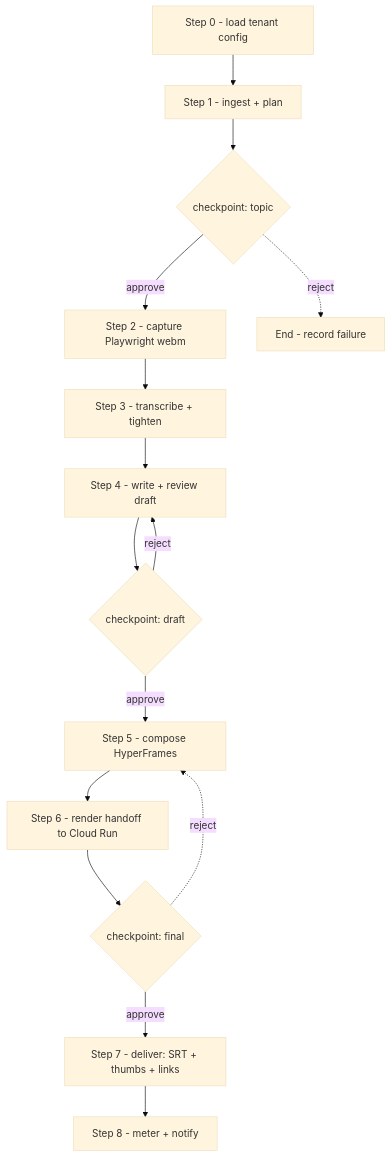
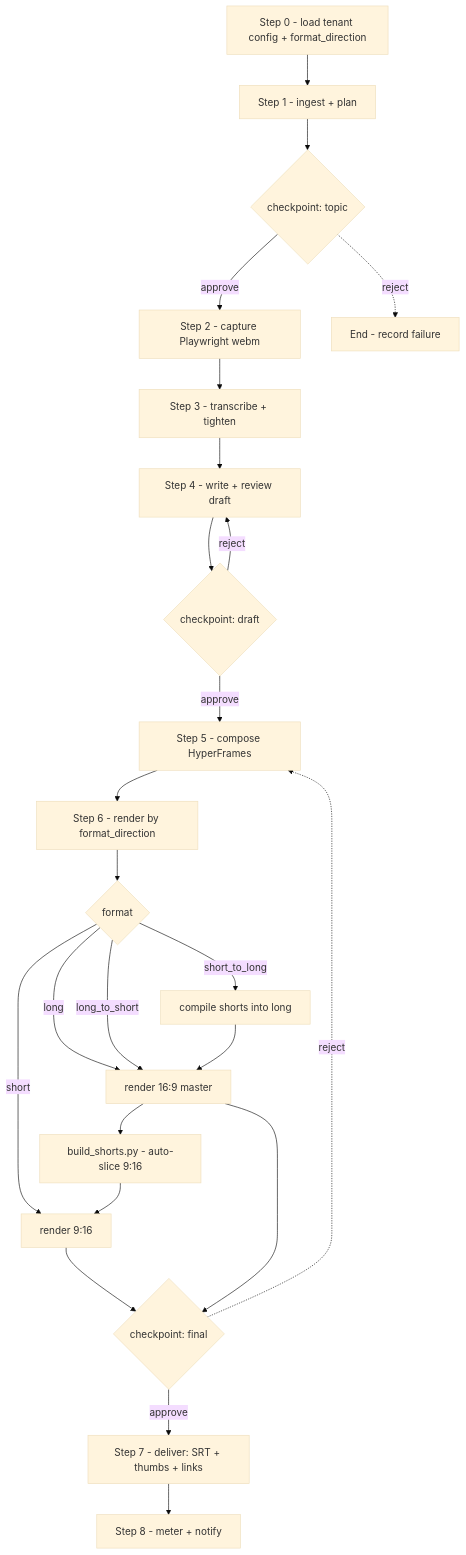
One commit to noah-sheldon/contentforge changed the fourth of 8 diagrams in docs/lld.md. Above: the diagram before and after it, drawn with Mermaid (base theme). The commit also changed other lines of this file and 2 other files, not shown here.

First line of the commit message:
docs: final stack — Atlas Mongo + Hetzner OBJ + Netcup VM compute

````diff
--- a/docs/lld.md
+++ b/docs/lld.md
@@ -116,17 +114,25 @@
 ```mermaid
 flowchart TD
-    S0[Step 0 - load tenant config] --> S1[Step 1 - ingest + plan]
+    S0[Step 0 - load tenant config + format_direction] --> S1[Step 1 - ingest + plan]
     S1 --> H1{checkpoint: topic}
     H1 -->|approve| S2[Step 2 - capture Playwright webm]
     S2 --> S3[Step 3 - transcribe + tighten]
     S3 --> S4[Step 4 - write + review draft]
     S4 --> H2{checkpoint: draft}
     H2 -->|reject| S4
     H2 -->|approve| S5[Step 5 - compose HyperFrames]
-    S5 --> S6[Step 6 - render handoff to Cloud Run]
-    S6 --> H3{checkpoint: final}
+    S5 --> S6[Step 6 - render by format_direction]
+    S6 --> S6a{format}
+    S6a -->|short| R9[render 9:16]
+    S6a -->|long| R16[render 16:9 master]
+    S6a -->|long_to_short| R16
+    R16 --> SLC[build_shorts.py - auto-slice 9:16]
+    SLC --> R9
+    S6a -->|short_to_long| CMP[compile shorts into long]
+    CMP --> R16
+    R9 & R16 --> H3{checkpoint: final}
     H3 -->|approve| S7[Step 7 - deliver: SRT + thumbs + links]
     S7 --> S8[Step 8 - meter + notify]
     H1 -.->|reject| E[End - record failure]
     H3 -.->|reject| S5
 ```
````
